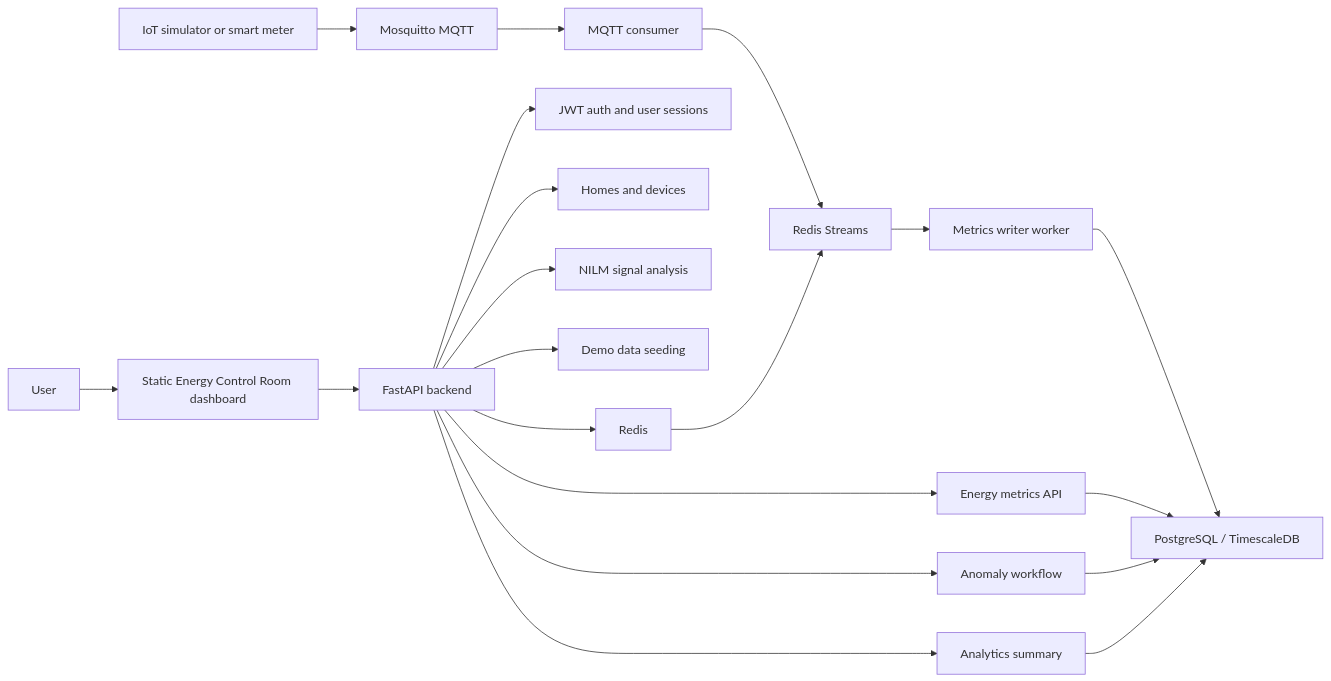
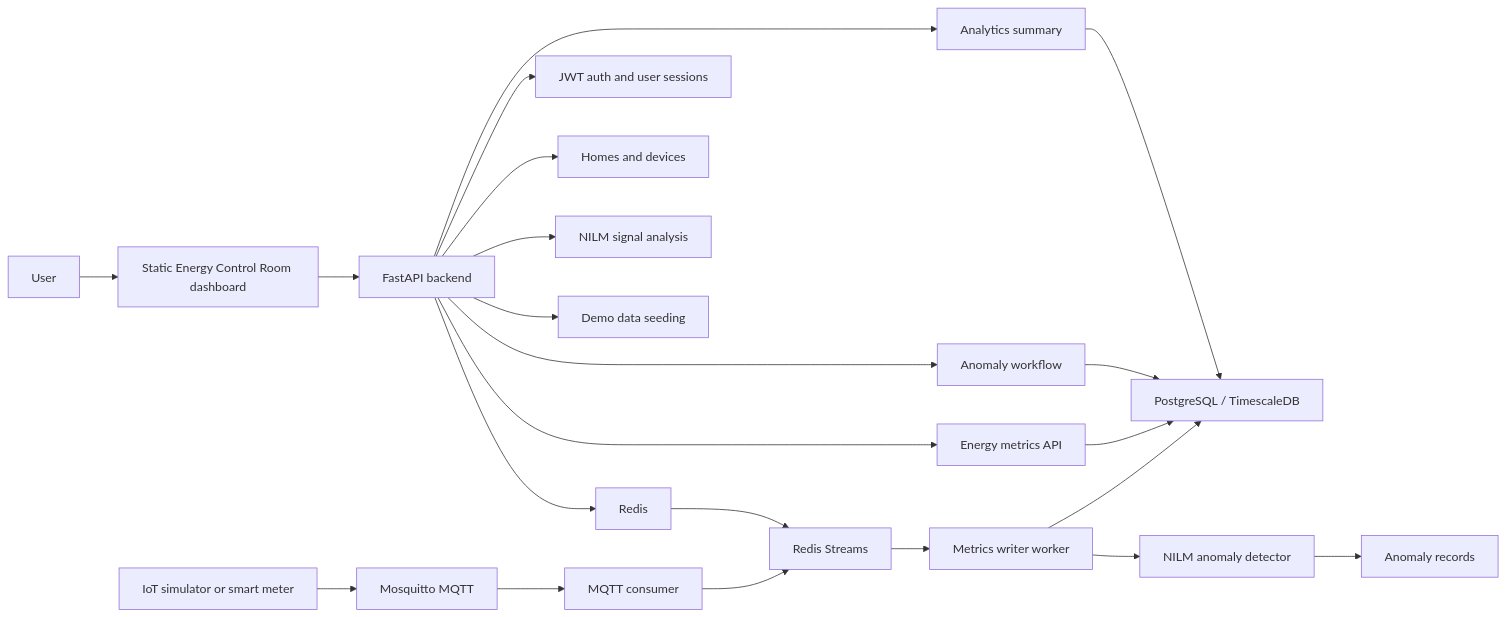
One commit to bondikk/nilm-energy-analytics-platform changed the diagram in README.md. Above: the diagram before and after it, drawn with Mermaid. The commit also changed other lines of this file and 6 other files, not shown here.

Commit message:
feat: create anomalies from NILM events

````diff
--- a/README.md
+++ b/README.md
@@ -60,23 +61,25 @@
 ```mermaid
 flowchart LR
   Simulator["IoT simulator or smart meter"] --> MQTT["Mosquitto MQTT"]
   MQTT --> Consumer["MQTT consumer"]
   Consumer --> Stream["Redis Streams"]
   Stream --> Writer["Metrics writer worker"]
   Writer --> DB["PostgreSQL / TimescaleDB"]
+  Writer --> Detector["NILM anomaly detector"]
+  Detector --> AnomaliesDB["Anomaly records"]
 
   User["User"] --> Frontend["Static Energy Control Room dashboard"]
   Frontend --> API["FastAPI backend"]
   API --> Auth["JWT auth and user sessions"]
   API --> Homes["Homes and devices"]
   API --> Metrics["Energy metrics API"]
   API --> Anomalies["Anomaly workflow"]
   API --> Analytics["Analytics summary"]
   API --> NILM["NILM signal analysis"]
   API --> Demo["Demo data seeding"]
   Metrics --> DB
   Anomalies --> DB
   Analytics --> DB
   API --> Redis["Redis"]
   Redis --> Stream
 ```
````
